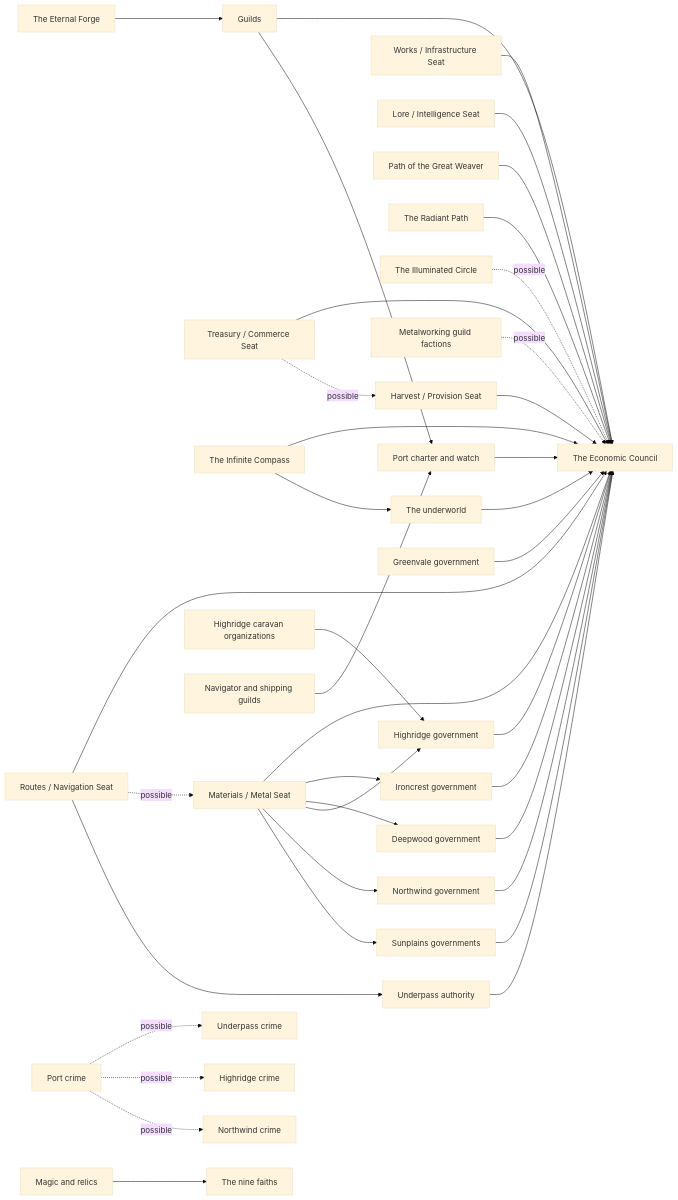
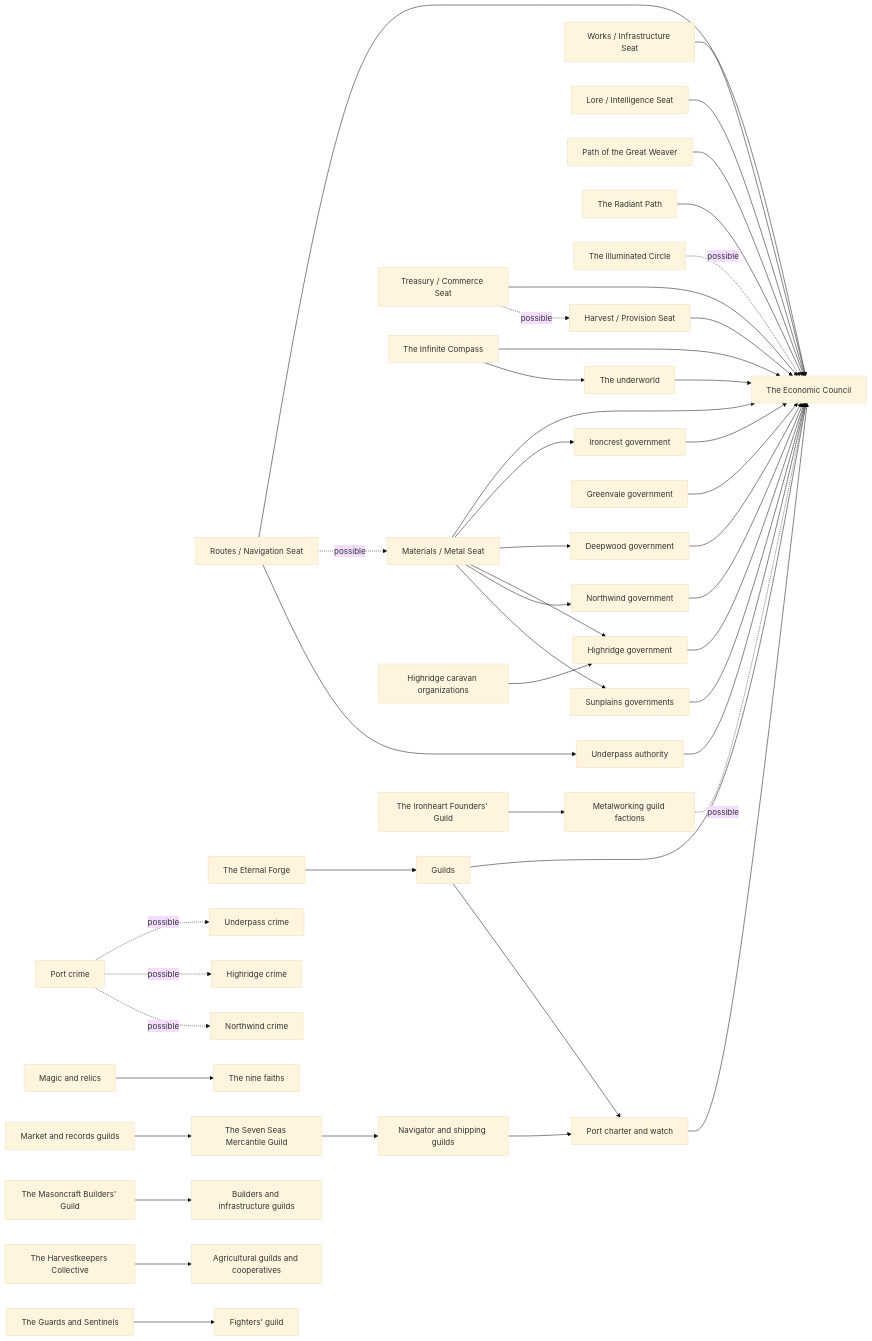
The diagram in atlas/power/README.md (BigCatMellow/10Kings), drawn with Mermaid (base theme) before and after one commit. The commit also changed other lines of this file and 28 other files, not shown here.

````diff
--- a/atlas/power/README.md
+++ b/atlas/power/README.md
@@ -148,6 +154,15 @@
   pw_crime_northwind["Northwind crime"]
   pw_magic["Magic and relics"]
   pw_faiths["The nine faiths"]
+  pw_g_ironheart["The Ironheart Founders' Guild"]
+  pw_g_sevenseas["The Seven Seas Mercantile Guild"]
+  pw_g_masoncraft["The Masoncraft Builders' Guild"]
+  pw_guild_builders["Builders and infrastructure guilds"]
+  pw_g_harvest["The Harvestkeepers Collective"]
+  pw_guild_agri["Agricultural guilds and cooperatives"]
+  pw_g_guards["The Guards and Sentinels"]
+  pw_guild_warrior["Fighters' guild"]
+  pw_g_market["Market and records guilds"]
   pw_seat_harvest --> pw_council
   pw_seat_materials --> pw_council
   pw_seat_routes --> pw_council
@@ -186,4 +201,10 @@
   pw_crime_port -.->|possible| pw_crime_highridge
   pw_crime_port -.->|possible| pw_crime_northwind
   pw_magic --> pw_faiths
+  pw_g_ironheart --> pw_guild_metal
+  pw_g_sevenseas --> pw_guild_nav
+  pw_g_masoncraft --> pw_guild_builders
+  pw_g_harvest --> pw_guild_agri
+  pw_g_guards --> pw_guild_warrior
+  pw_g_market --> pw_g_sevenseas
 ```
````
